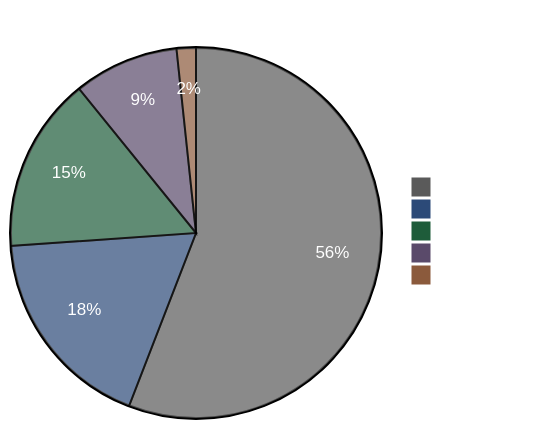
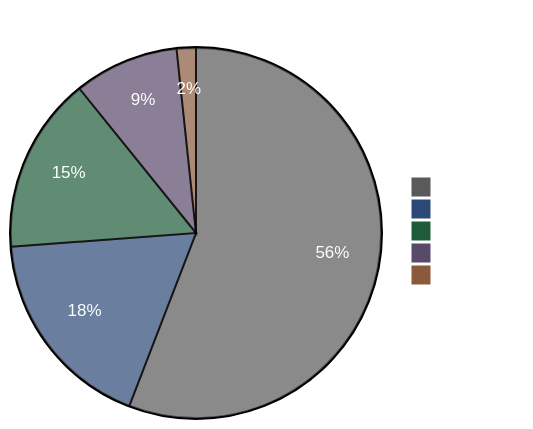
Before and after one commit to ShawnBIT/reco-arxiv-daily: the diagram in README.md, drawn with Mermaid. The commit also changed other lines of this file and 7 other files, not shown here.

````diff
--- a/README.md
+++ b/README.md
@@ -6,19 +6,19 @@
 ```mermaid
 %%{init: {'theme':'base', 'themeVariables': {
   'pie1':'#5a5a5a',
   'pie2':'#2c4a78',
   'pie3':'#1e5c3a',
   'pie4':'#5a4a6a',
   'pie5':'#8b5a3c',
   'pieTitleTextColor':'#ffffff',
   'pieSectionTextColor':'#ffffff',
   'pieLegendTextColor':'#ffffff'
 }}}%%
 pie showData
 title Paper Distribution by Tag
-  "Other" : 732
+  "Other" : 734
   "LLM" : 236
-  "GR" : 200
+  "GR" : 202
   "Seq" : 120
   "Scaling" : 22
 ```
````
